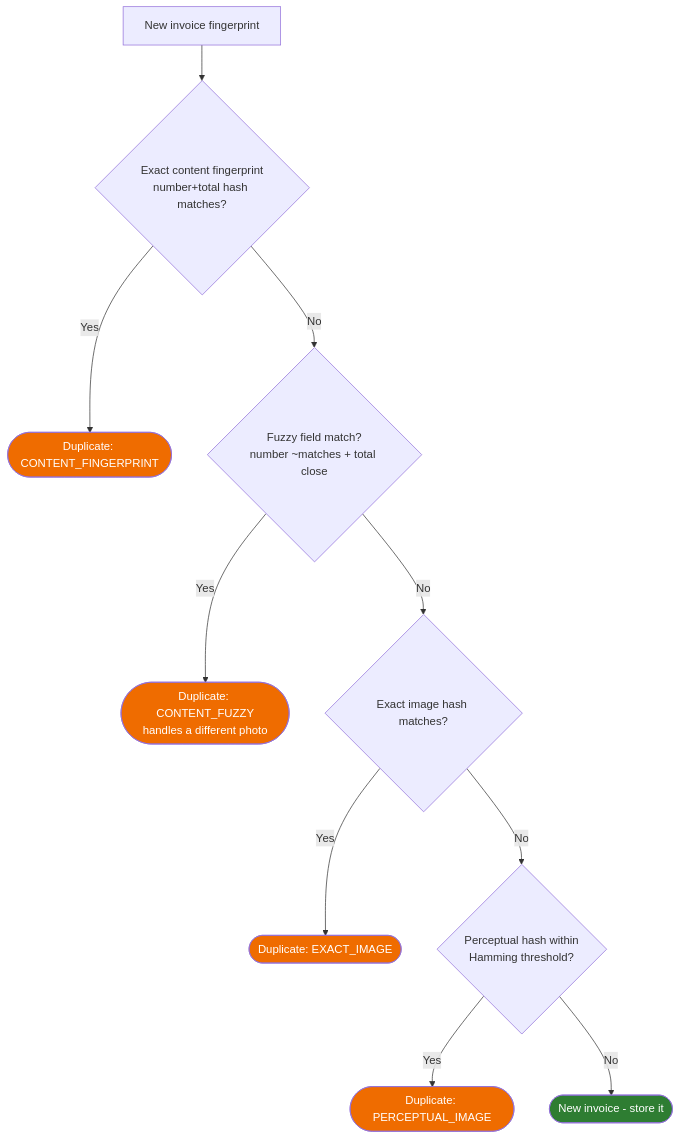
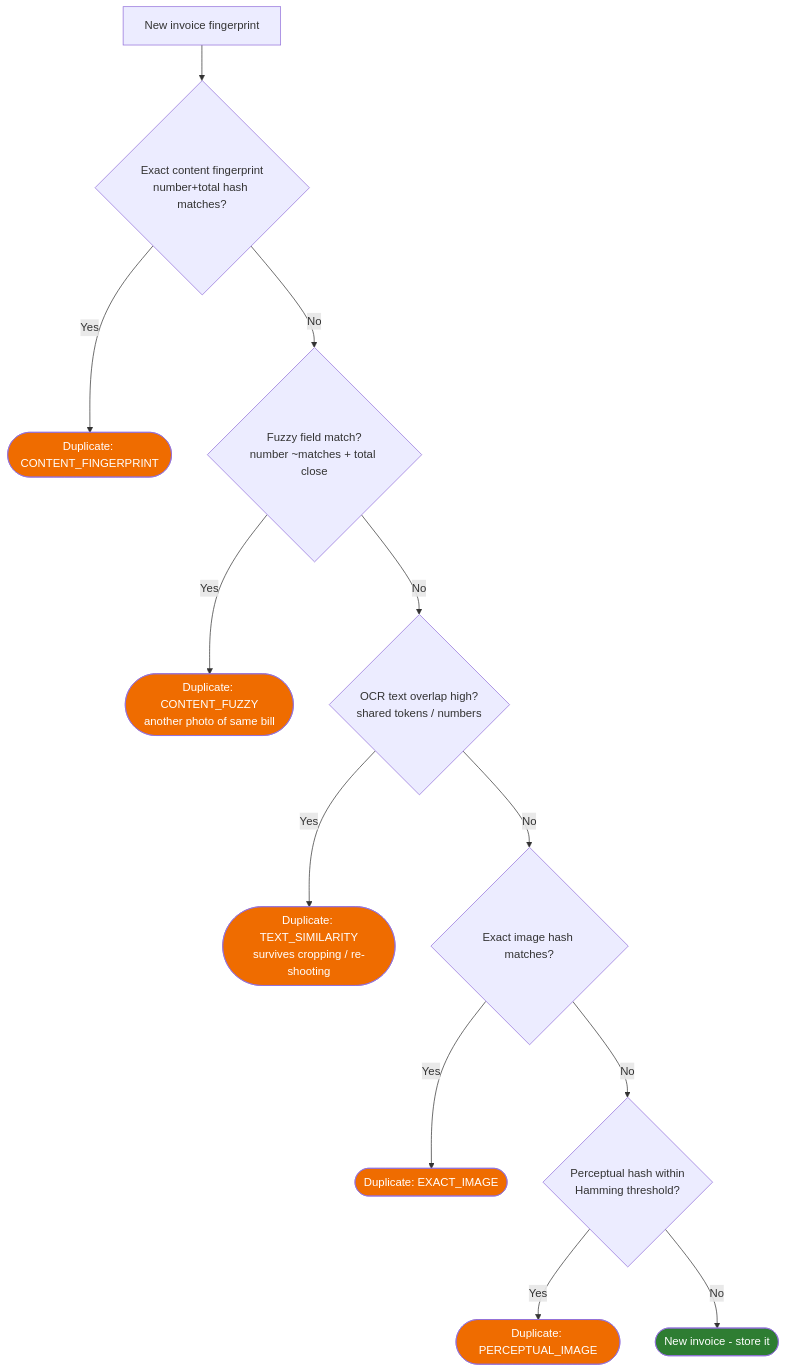
The fifth of 5 diagrams in docs/FLOW.md (morpheus-30/invoice-detector), drawn with Mermaid before and after one commit. The commit also changed other lines of this file and 10 other files, not shown here.

First line of the commit message:
Catch cropped/re-shot duplicates via OCR text-overlap matching

````diff
--- a/docs/FLOW.md
+++ b/docs/FLOW.md
@@ -174,15 +174,17 @@
 ```mermaid
 flowchart TD
     A[New invoice fingerprint] --> B{Exact content fingerprint<br/>number+total hash matches?}
     B -- Yes --> D([Duplicate: CONTENT_FINGERPRINT]):::warn
     B -- No --> C{Fuzzy field match?<br/>number ~matches + total close}
-    C -- Yes --> E([Duplicate: CONTENT_FUZZY<br/>handles a different photo]):::warn
-    C -- No --> F{Exact image hash matches?}
+    C -- Yes --> E([Duplicate: CONTENT_FUZZY<br/>another photo of same bill]):::warn
+    C -- No --> T{OCR text overlap high?<br/>shared tokens / numbers}
+    T -- Yes --> TE([Duplicate: TEXT_SIMILARITY<br/>survives cropping / re-shooting]):::warn
+    T -- No --> F{Exact image hash matches?}
     F -- Yes --> G([Duplicate: EXACT_IMAGE]):::warn
     F -- No --> H{Perceptual hash within<br/>Hamming threshold?}
     H -- Yes --> I([Duplicate: PERCEPTUAL_IMAGE]):::warn
     H -- No --> J([New invoice - store it]):::ok
 
     classDef ok fill:#2E7D32,color:#fff;
     classDef warn fill:#EF6C00,color:#fff;
 ```
````
